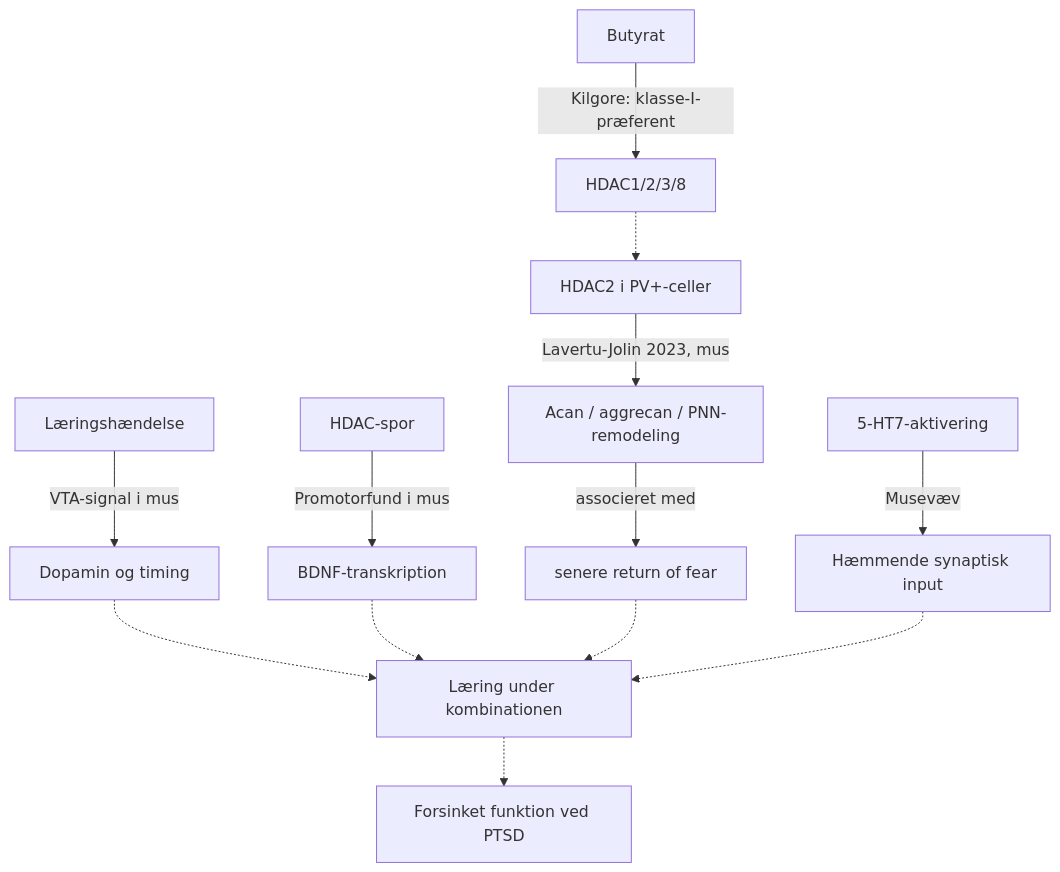
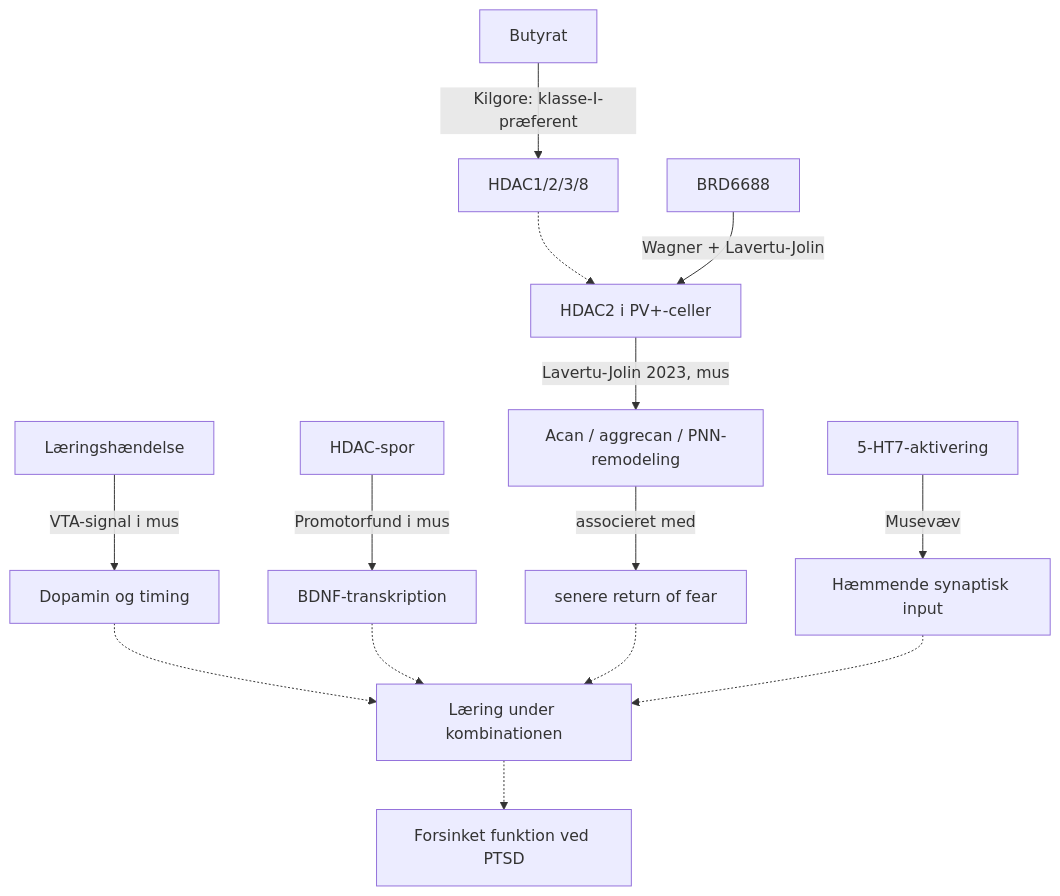
Before and after one commit to jekidev/Fearprime_03: the diagram in 02_MECHANISMS/HDAC_BDNF_5HT7_DOPAMINE.md, drawn with Mermaid. The commit also changed other lines of this file, not shown here.

````diff
--- a/02_MECHANISMS/HDAC_BDNF_5HT7_DOPAMINE.md
+++ b/02_MECHANISMS/HDAC_BDNF_5HT7_DOPAMINE.md
@@ -146,15 +169,16 @@
 ```mermaid
 flowchart TD
   A["Læringshændelse"] -->|"VTA-signal i mus"| B["Dopamin og timing"]
   C["HDAC-spor"] -->|"Promotorfund i mus"| D["BDNF-transkription"]
   X["Butyrat"] -->|"Kilgore: klasse-I-præferent"| Y["HDAC1/2/3/8"]
   Y -.-> C2["HDAC2 i PV+-celler"]
+  S["BRD6688"] -->|"Wagner + Lavertu-Jolin"| C2
   C2 -->|"Lavertu-Jolin 2023, mus"| P["Acan / aggrecan / PNN-remodeling"]
   P -->|"associeret med"| R["senere return of fear"]
   E["5-HT7-aktivering"] -->|"Musevæv"| F["Hæmmende synaptisk input"]
   B -.-> G["Læring under kombinationen"]
   D -.-> G
   R -.-> G
   F -.-> G
   G -.-> H["Forsinket funktion ved PTSD"]
 ```
````
